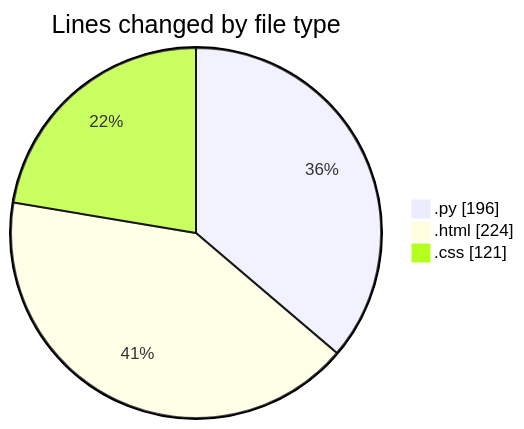
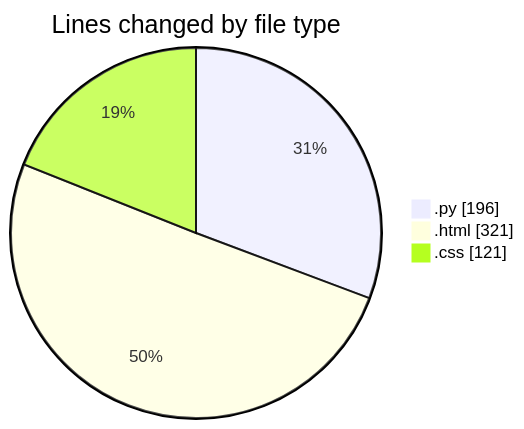
One commit to Elitesun/code-tracking changed the first of 2 diagrams in 2025-01-31/flask/README.md. Above: the diagram before and after it, drawn with Mermaid. The commit also changed other lines of this file and 1 other file, not shown here.

````diff
--- a/2025-01-31/flask/README.md
+++ b/2025-01-31/flask/README.md
@@ -25,7 +25,7 @@
 ```mermaid
 pie showData
 title Lines changed by file type
 ".py" : 196
-".html" : 224
+".html" : 321
 ".css" : 121
 ```
````
